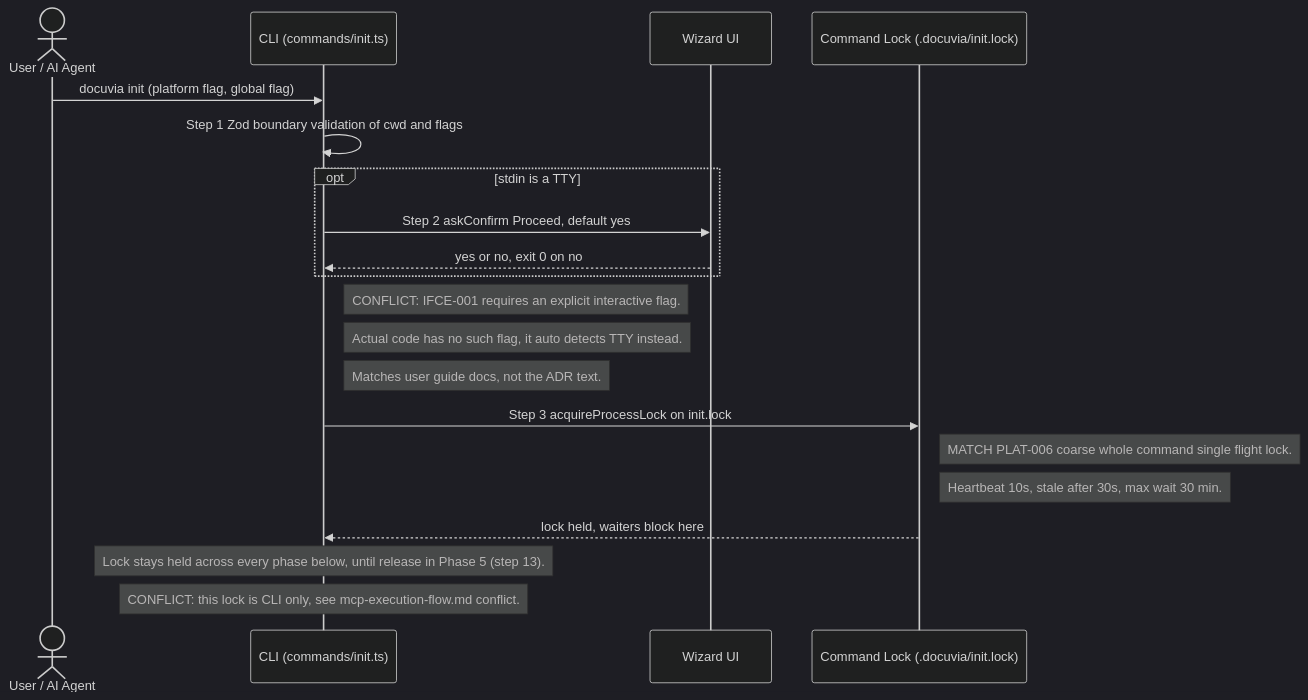
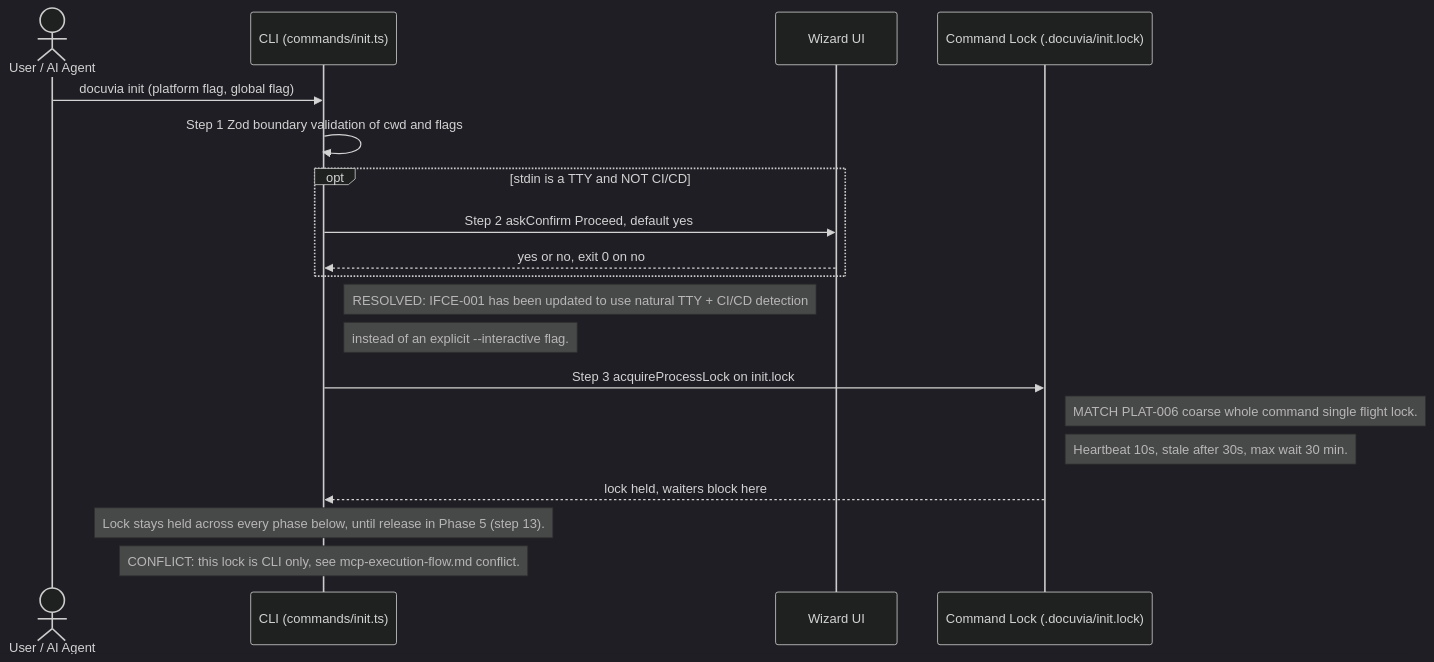
One commit to dyphn1/Docuvia changed the first of 6 diagrams in docs/gitbook/workflows/init-execution-flow.md. Above: the diagram before and after it, drawn with Mermaid (dark theme). The commit also changed other lines of this file and 10 other files, not shown here.

First line of the commit message:
feat(cli): support CI/CD detection and align ADRs

````diff
--- a/docs/gitbook/workflows/init-execution-flow.md
+++ b/docs/gitbook/workflows/init-execution-flow.md
@@ -23,25 +23,24 @@
 ```mermaid
 sequenceDiagram
     actor User as User / AI Agent
     participant CLI as CLI (commands/init.ts)
     participant Wizard as Wizard UI
     participant Lock as Command Lock (.docuvia/init.lock)
 
     User->>CLI: docuvia init (platform flag, global flag)
     CLI->>CLI: Step 1 Zod boundary validation of cwd and flags
 
-    opt stdin is a TTY
+    opt stdin is a TTY and NOT CI/CD
         CLI->>Wizard: Step 2 askConfirm Proceed, default yes
         Wizard-->>CLI: yes or no, exit 0 on no
     end
-    Note right of CLI: CONFLICT: IFCE-001 requires an explicit interactive flag.
-    Note right of CLI: Actual code has no such flag, it auto detects TTY instead.
-    Note right of CLI: Matches user guide docs, not the ADR text.
+    Note right of CLI: RESOLVED: IFCE-001 has been updated to use natural TTY + CI/CD detection
+    Note right of CLI: instead of an explicit --interactive flag.
 
     CLI->>Lock: Step 3 acquireProcessLock on init.lock
     Note right of Lock: MATCH PLAT-006 coarse whole command single flight lock.
     Note right of Lock: Heartbeat 10s, stale after 30s, max wait 30 min.
     Lock-->>CLI: lock held, waiters block here
     Note over CLI: Lock stays held across every phase below, until release in Phase 5 (step 13).
     Note over CLI: CONFLICT: this lock is CLI only, see mcp-execution-flow.md conflict.
 ```
````
